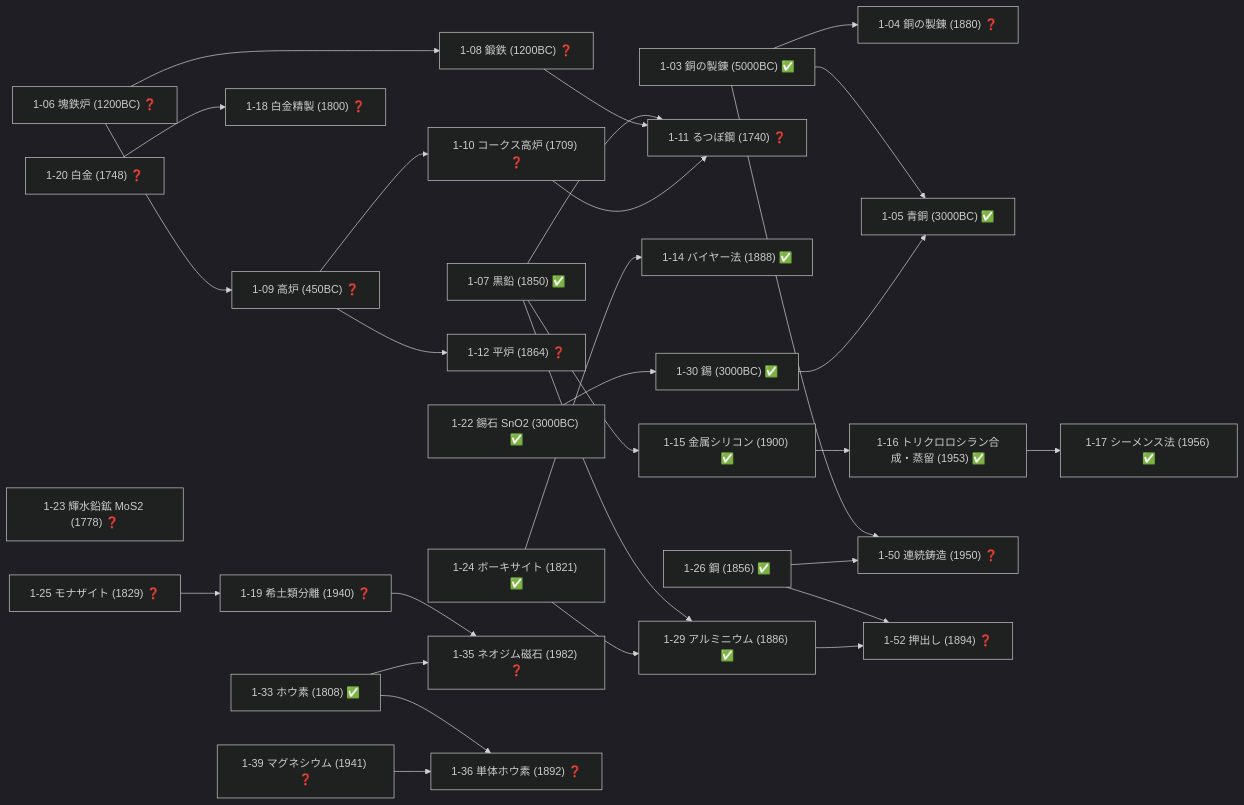
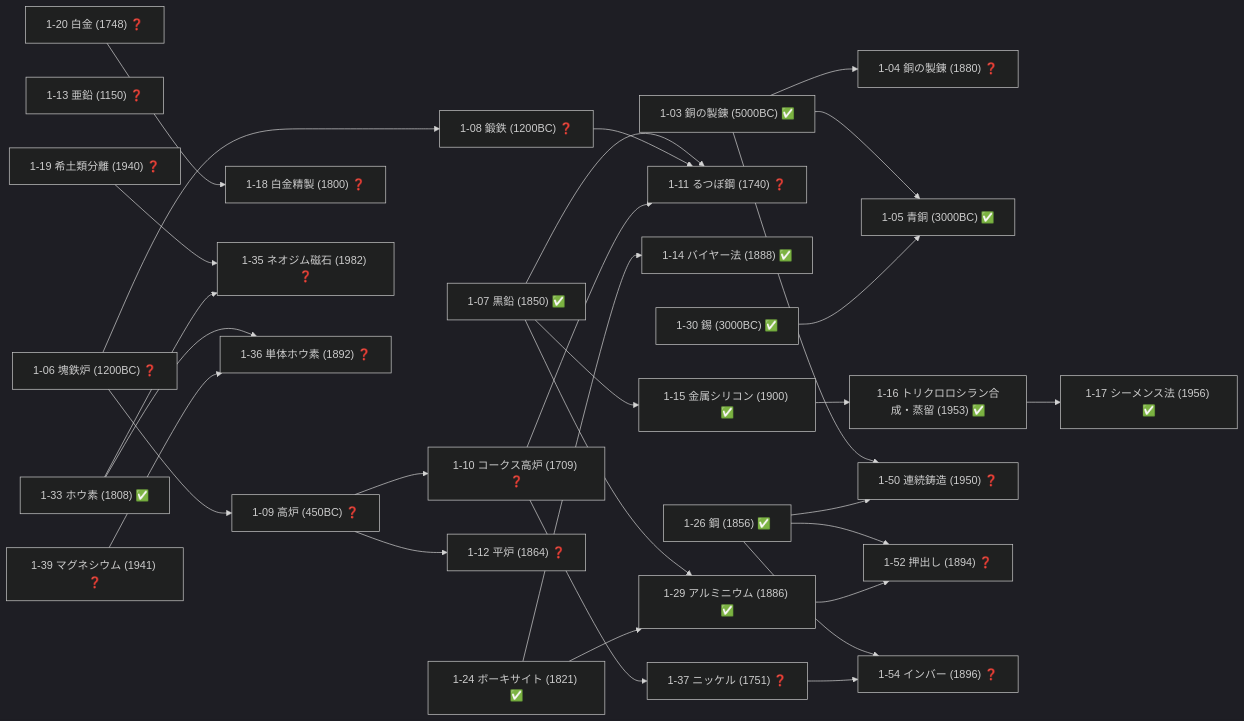
The fourth of 19 diagrams in docs/TECH_TREE_VIEW.md (taku3i0317-collab/semiconductor-lab), drawn with Mermaid (dark theme) before and after one commit. The commit also changed other lines of this file and 8 other files, not shown here.

````diff
--- a/docs/TECH_TREE_VIEW.md
+++ b/docs/TECH_TREE_VIEW.md
@@ -175,60 +175,61 @@
 ```mermaid
 graph LR
   n1_03["1-03 銅の製錬 (5000BC) ✅"]
   n1_04["1-04 銅の製錬 (1880) ❓"]
   n1_05["1-05 青銅 (3000BC) ✅"]
   n1_06["1-06 塊鉄炉 (1200BC) ❓"]
   n1_07["1-07 黒鉛 (1850) ✅"]
   n1_08["1-08 鍛鉄 (1200BC) ❓"]
   n1_09["1-09 高炉 (450BC) ❓"]
   n1_10["1-10 コークス高炉 (1709) ❓"]
   n1_11["1-11 るつぼ鋼 (1740) ❓"]
   n1_12["1-12 平炉 (1864) ❓"]
+  n1_13["1-13 亜鉛 (1150) ❓"]
   n1_14["1-14 バイヤー法 (1888) ✅"]
   n1_15["1-15 金属シリコン (1900) ✅"]
   n1_16["1-16 トリクロロシラン合成・蒸留 (1953) ✅"]
   n1_17["1-17 シーメンス法 (1956) ✅"]
   n1_18["1-18 白金精製 (1800) ❓"]
   n1_19["1-19 希土類分離 (1940) ❓"]
   n1_20["1-20 白金 (1748) ❓"]
-  n1_22["1-22 錫石 SnO2 (3000BC) ✅"]
-  n1_23["1-23 輝水鉛鉱 MoS2 (1778) ❓"]
   n1_24["1-24 ボーキサイト (1821) ✅"]
-  n1_25["1-25 モナザイト (1829) ❓"]
   n1_26["1-26 鋼 (1856) ✅"]
   n1_29["1-29 アルミニウム (1886) ✅"]
   n1_30["1-30 錫 (3000BC) ✅"]
   n1_33["1-33 ホウ素 (1808) ✅"]
   n1_35["1-35 ネオジム磁石 (1982) ❓"]
   n1_36["1-36 単体ホウ素 (1892) ❓"]
+  n1_37["1-37 ニッケル (1751) ❓"]
   n1_39["1-39 マグネシウム (1941) ❓"]
   n1_50["1-50 連続鋳造 (1950) ❓"]
   n1_52["1-52 押出し (1894) ❓"]
+  n1_54["1-54 インバー (1896) ❓"]
   n1_03-->n1_04
   n1_03-->n1_05
   n1_30-->n1_05
   n1_06-->n1_08
   n1_06-->n1_09
   n1_09-->n1_10
   n1_07-->n1_11
   n1_08-->n1_11
   n1_10-->n1_11
   n1_09-->n1_12
   n1_24-->n1_14
   n1_07-->n1_15
   n1_15-->n1_16
   n1_16-->n1_17
   n1_20-->n1_18
-  n1_25-->n1_19
   n1_07-->n1_29
   n1_24-->n1_29
-  n1_22-->n1_30
   n1_19-->n1_35
   n1_33-->n1_35
   n1_33-->n1_36
   n1_39-->n1_36
+  n1_10-->n1_37
   n1_03-->n1_50
   n1_26-->n1_50
   n1_26-->n1_52
   n1_29-->n1_52
+  n1_26-->n1_54
+  n1_37-->n1_54
 ```
````
